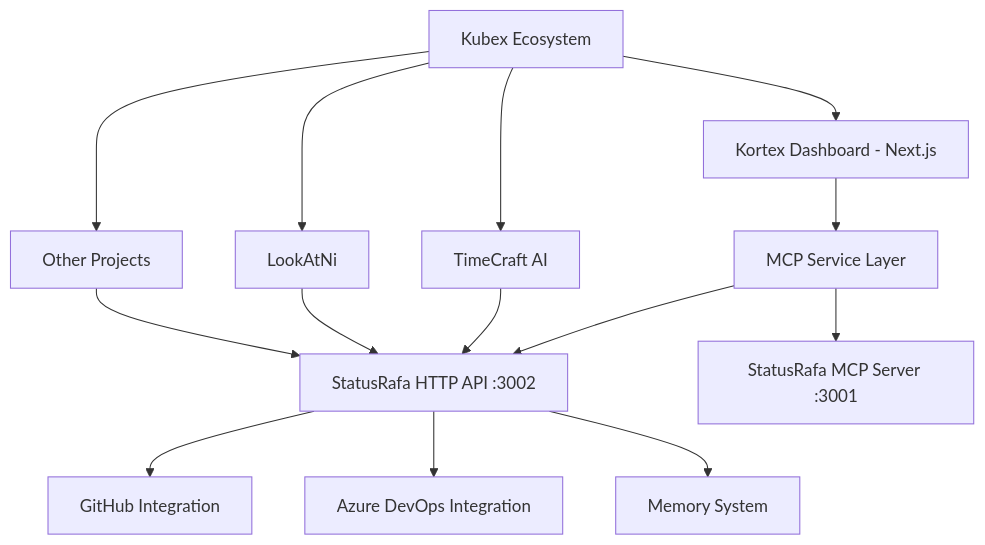
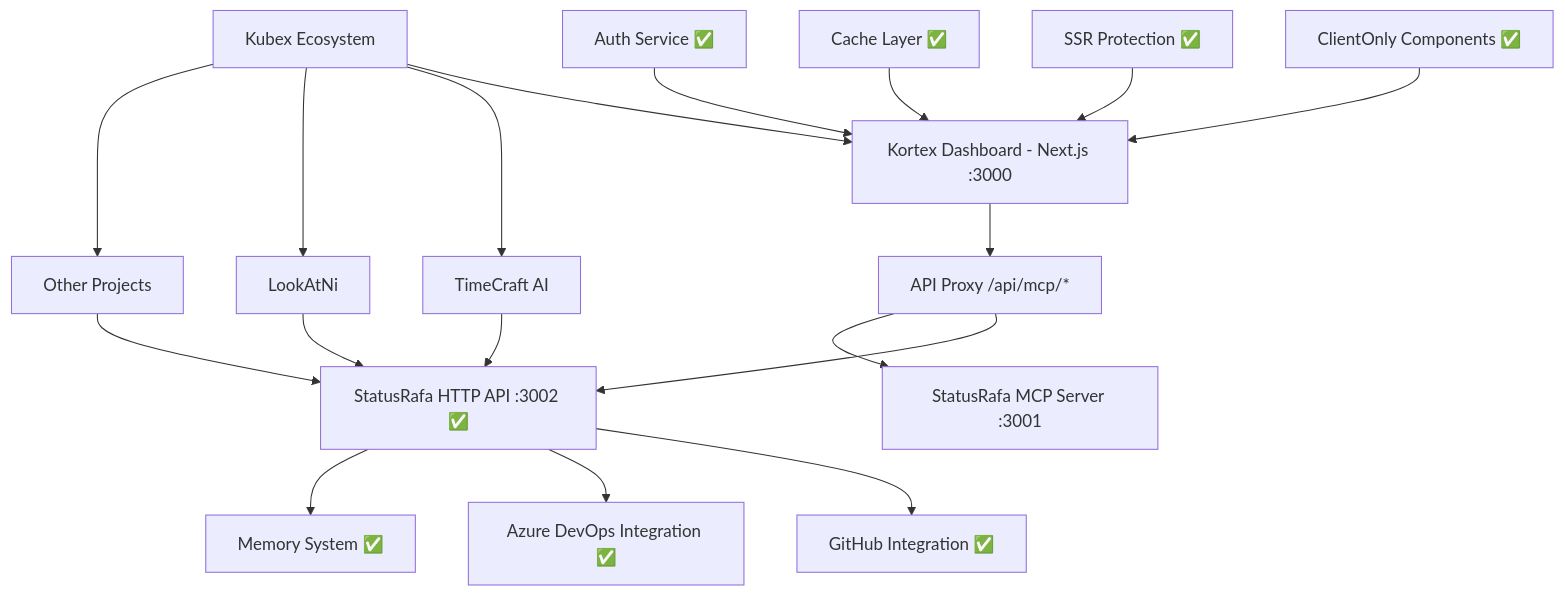
One commit to kubex-ecosystem/kortex changed the diagram in MCP_INTEGRATION_ROADMAP.md. Above: the diagram before and after it, drawn with Mermaid. The commit also changed other lines of this file and 4 other files, not shown here.

Commit message:
feat: Implementar hook useMCPData para gerenciar dados reais do MCP Server e atualizar Dashboard com estatísticas dinâmicas

````diff
--- a/MCP_INTEGRATION_ROADMAP.md
+++ b/MCP_INTEGRATION_ROADMAP.md
@@ -9,18 +9,24 @@
 ```mermaid
 graph TD
-    A[Kortex Dashboard - Next.js] --> B[MCP Service Layer]
-    B --> C[StatusRafa HTTP API :3002]
+    A[Kortex Dashboard - Next.js :3000] --> B[API Proxy /api/mcp/*]
+    B --> C[StatusRafa HTTP API :3002 ✅]
     B --> D[StatusRafa MCP Server :3001]
-    C --> E[GitHub Integration]
-    C --> F[Azure DevOps Integration] 
-    C --> G[Memory System]
+    
+    C --> E[GitHub Integration ✅]
+    C --> F[Azure DevOps Integration ✅] 
+    C --> G[Memory System ✅]
     
     H[TimeCraft AI] --> C
     I[LookAtNi] --> C
     J[Other Projects] --> C
     
     K[Kubex Ecosystem] --> A
     K --> H
     K --> I
     K --> J
+    
+    L[ClientOnly Components ✅] --> A
+    M[SSR Protection ✅] --> A
+    N[Cache Layer ✅] --> A
+    O[Auth Service ✅] --> A
 ```
````
